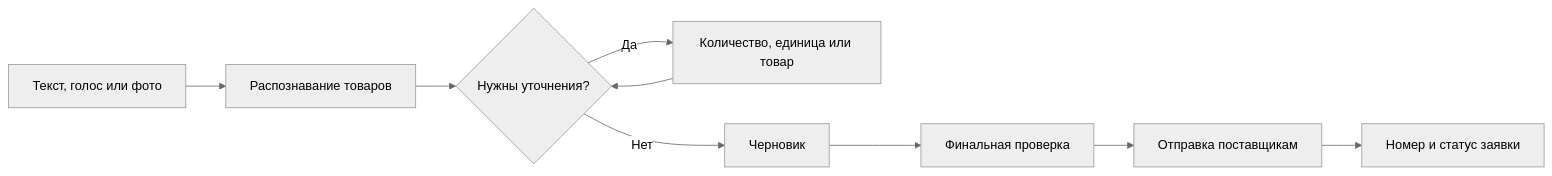
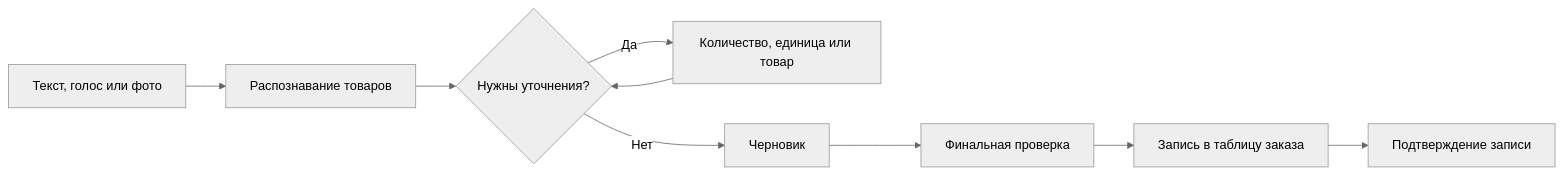
Before and after one commit to Dzmitry-Radziuk/Ai-agent-order-assistant: the first of 9 diagrams in docs/USER_SCENARIOS.md, drawn with Mermaid (neutral theme). The commit also changed other lines of this file and 22 other files, not shown here.

````diff
--- a/docs/USER_SCENARIOS.md
+++ b/docs/USER_SCENARIOS.md
@@ -31,11 +53,11 @@
 ```mermaid
 flowchart LR
     A[Текст, голос или фото] --> B[Распознавание товаров]
     B --> C{Нужны уточнения?}
     C -->|Да| D[Количество, единица или товар]
     D --> C
     C -->|Нет| E[Черновик]
     E --> F[Финальная проверка]
-    F --> G[Отправка поставщикам]
-    G --> H[Номер и статус заявки]
+    F --> G[Запись в таблицу заказа]
+    G --> H[Подтверждение записи]
 ```
````
